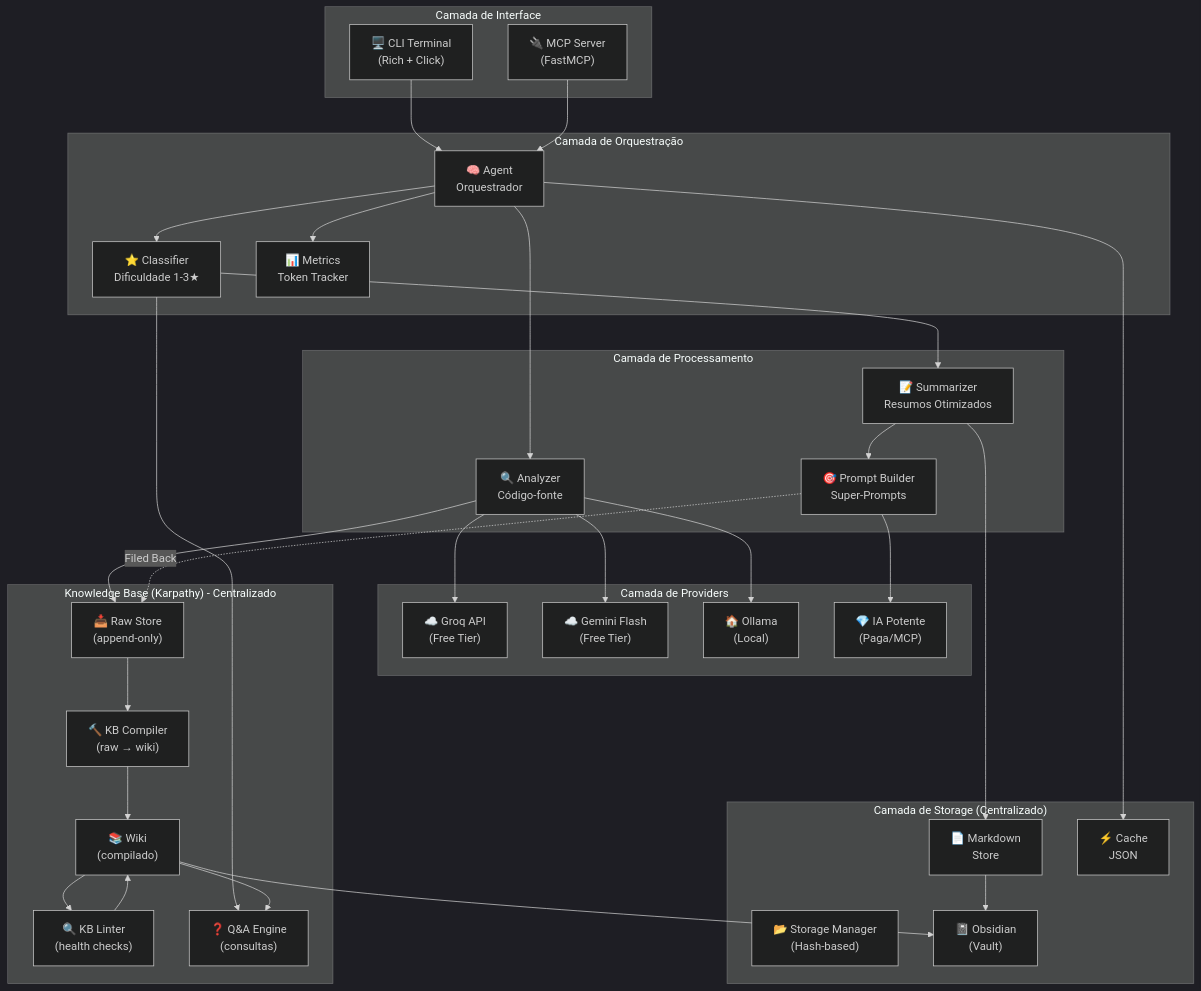
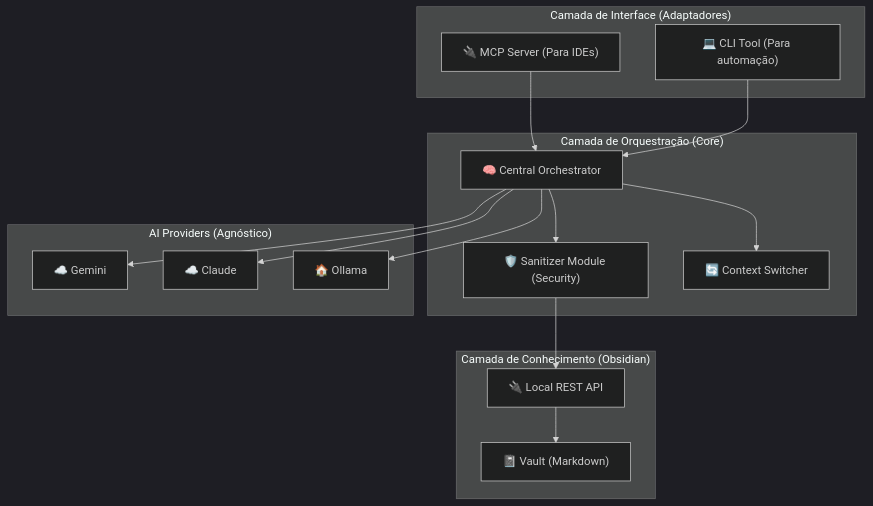
One commit to AdrianoEusebio/danger_line changed the diagram in documents/DOCUMENTO_PROJETO.MD. Above: the diagram before and after it, drawn with Mermaid (dark theme). The commit also changed other lines of this file and 82 other files, not shown here.

First line of the commit message:
refactor: remodelagem estratégica para arquitetura modular KB + Obsidian + MCP

````diff
--- a/documents/DOCUMENTO_PROJETO.MD
+++ b/documents/DOCUMENTO_PROJETO.MD
@@ -34,65 +24,34 @@
 ```mermaid
-graph TB
-    subgraph "Camada de Interface"
-        CLI["🖥️ CLI Terminal<br>(Rich + Click)"]
-        MCP["🔌 MCP Server<br>(FastMCP)"]
+graph TD
+    subgraph "Camada de Interface (Adaptadores)"
+        MCP["🔌 MCP Server (Para IDEs)"]
+        CLI["💻 CLI Tool (Para automação)"]
     end
 
-    subgraph "Camada de Orquestração"
-        AGENT["🧠 Agent<br>Orquestrador"]
-        CLASS["⭐ Classifier<br>Dificuldade 1-3★"]
-        METRICS["📊 Metrics<br>Token Tracker"]
+    subgraph "Camada de Orquestração (Core)"
+        ORCH["🧠 Central Orchestrator"]
+        SANI["🛡️ Sanitizer Module (Security)"]
+        CTX["🔄 Context Switcher"]
     end
 
-    subgraph "Camada de Processamento"
-        ANALYZER["🔍 Analyzer<br>Código-fonte"]
-        SUMMARIZER["📝 Summarizer<br>Resumos Otimizados"]
-        PROMPT["🎯 Prompt Builder<br>Super-Prompts"]
+    subgraph "Camada de Conhecimento (Obsidian)"
+        VAULT["📓 Vault (Markdown)"]
+        LRA["🔌 Local REST API"]
     end
 
-    subgraph "Camada de Providers"
-        GROQ["☁️ Groq API<br>(Free Tier)"]
-        GEMINI["☁️ Gemini Flash<br>(Free Tier)"]
-        OLLAMA["🏠 Ollama<br>(Local)"]
-        EXTERNAL["💎 IA Potente<br>(Paga/MCP)"]
+    subgraph "AI Providers (Agnóstico)"
+        GEN["☁️ Gemini"]
+        CLD["☁️ Claude"]
+        LOC["🏠 Ollama"]
     end
 
-    subgraph "Camada de Storage (Centralizado)"
-        MGR["📂 Storage Manager<br>(Hash-based)"]
-        MD["📄 Markdown\nStore"]
-        CACHE["⚡ Cache\nJSON"]
-        OBS["📓 Obsidian\n(Vault)"]
-    end
-
-    subgraph "Knowledge Base (Karpathy) - Centralizado"
-        RAW_KB["📥 Raw Store\n(append-only)"]
-        COMPILER_KB["🔨 KB Compiler\n(raw → wiki)"]
-        WIKI_KB["📚 Wiki\n(compilado)"]
-        LINTER_KB["🔍 KB Linter\n(health checks)"]
-        QA_KB["❓ Q&A Engine\n(consultas)"]
-    end
-
-    CLI --> AGENT
-    MCP --> AGENT
-    AGENT --> CLASS
-    AGENT --> ANALYZER
-    AGENT --> METRICS
-    CLASS --> SUMMARIZER
-    SUMMARIZER --> PROMPT
-    ANALYZER --> GROQ
-    ANALYZER --> GEMINI
-    ANALYZER --> OLLAMA
-    PROMPT --> EXTERNAL
-    SUMMARIZER --> MD
-    MD --> OBS
-    AGENT --> CACHE
-    ANALYZER --> RAW_KB
-    CLASS --> QA_KB
-    RAW_KB --> COMPILER_KB
-    COMPILER_KB --> WIKI_KB
-    WIKI_KB --> LINTER_KB
-    LINTER_KB --> WIKI_KB
-    WIKI_KB --> QA_KB
-    WIKI_KB --> OBS
-    PROMPT -.->|"Filed Back"| RAW_KB
+    MCP --> ORCH
+    CLI --> ORCH
+    ORCH --> SANI
+    ORCH --> CTX
+    SANI --> LRA
+    LRA --> VAULT
+    ORCH --> GEN
+    ORCH --> CLD
+    ORCH --> LOC
 ```
````
